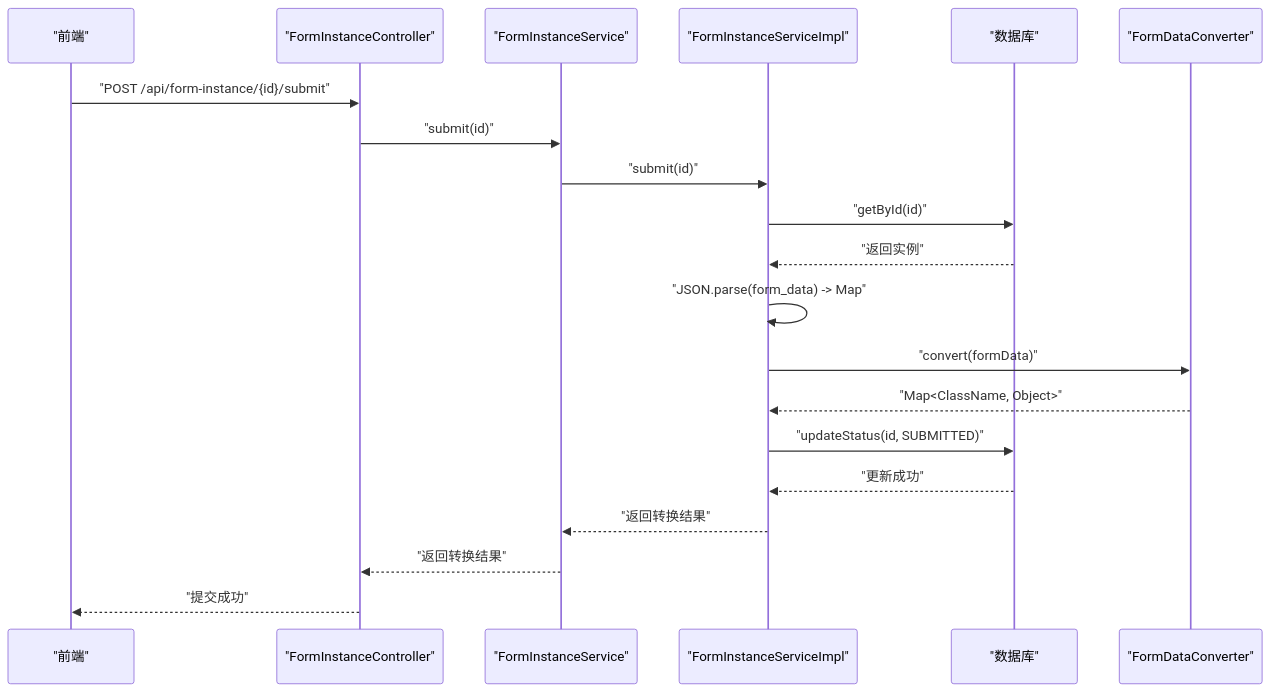
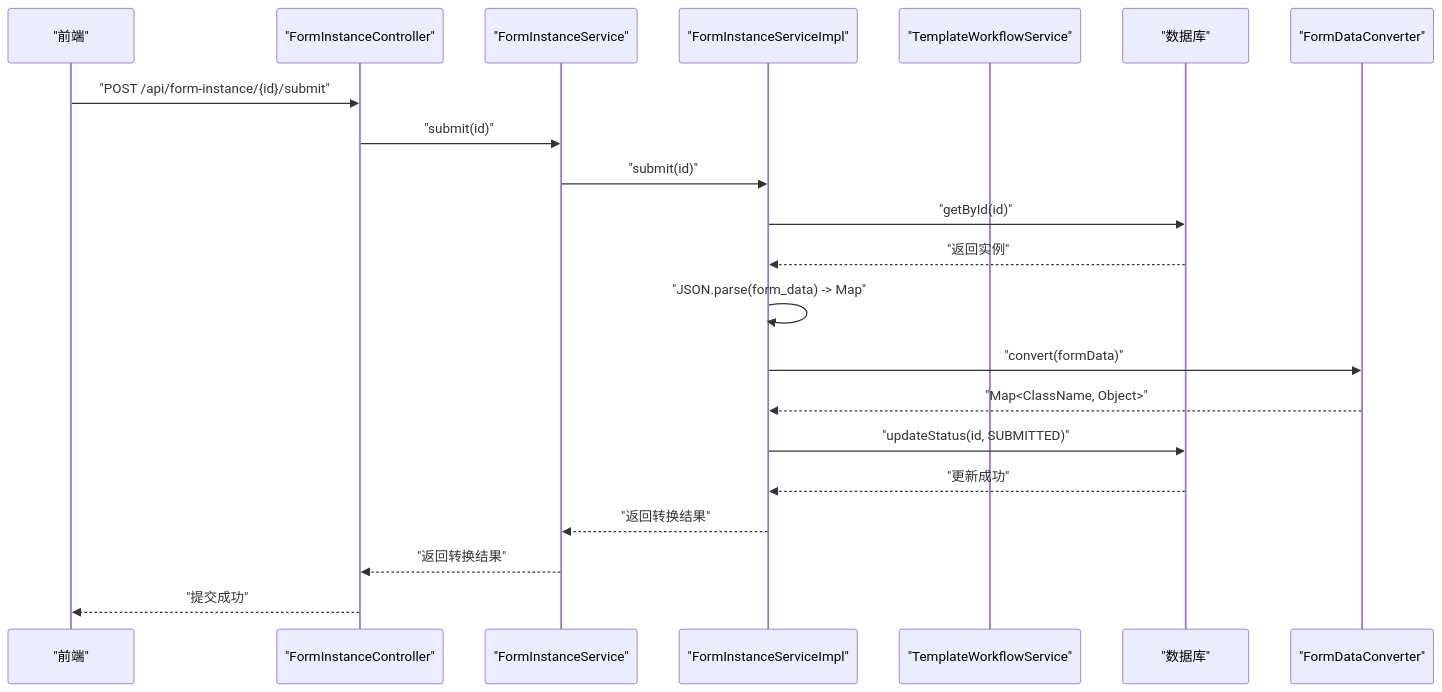
Before and after one commit to NJMrLi/genetics: the fourth of 7 diagrams in .qoder/repowiki/zh/content/API接口文档/服务单实例API.md, drawn with Mermaid. The commit also changed other lines of this file and 21 other files, not shown here.

````diff
--- a/.qoder/repowiki/zh/content/API接口文档/服务单实例API.md
+++ b/.qoder/repowiki/zh/content/API接口文档/服务单实例API.md
@@ -450,22 +599,23 @@
 ```mermaid
 sequenceDiagram
 participant FE as "前端"
 participant Ctrl as "FormInstanceController"
 participant Svc as "FormInstanceService"
 participant Impl as "FormInstanceServiceImpl"
+participant WFService as "TemplateWorkflowService"
 participant DB as "数据库"
 participant Conv as "FormDataConverter"
 FE->>Ctrl : "POST /api/form-instance/{id}/submit"
 Ctrl->>Svc : "submit(id)"
 Svc->>Impl : "submit(id)"
 Impl->>DB : "getById(id)"
 DB-->>Impl : "返回实例"
 Impl->>Impl : "JSON.parse(form_data) -> Map"
 Impl->>Conv : "convert(formData)"
 Conv-->>Impl : "Map<ClassName, Object>"
 Impl->>DB : "updateStatus(id, SUBMITTED)"
 DB-->>Impl : "更新成功"
 Impl-->>Svc : "返回转换结果"
 Svc-->>Ctrl : "返回转换结果"
 Ctrl-->>FE : "提交成功"
 ```
````
